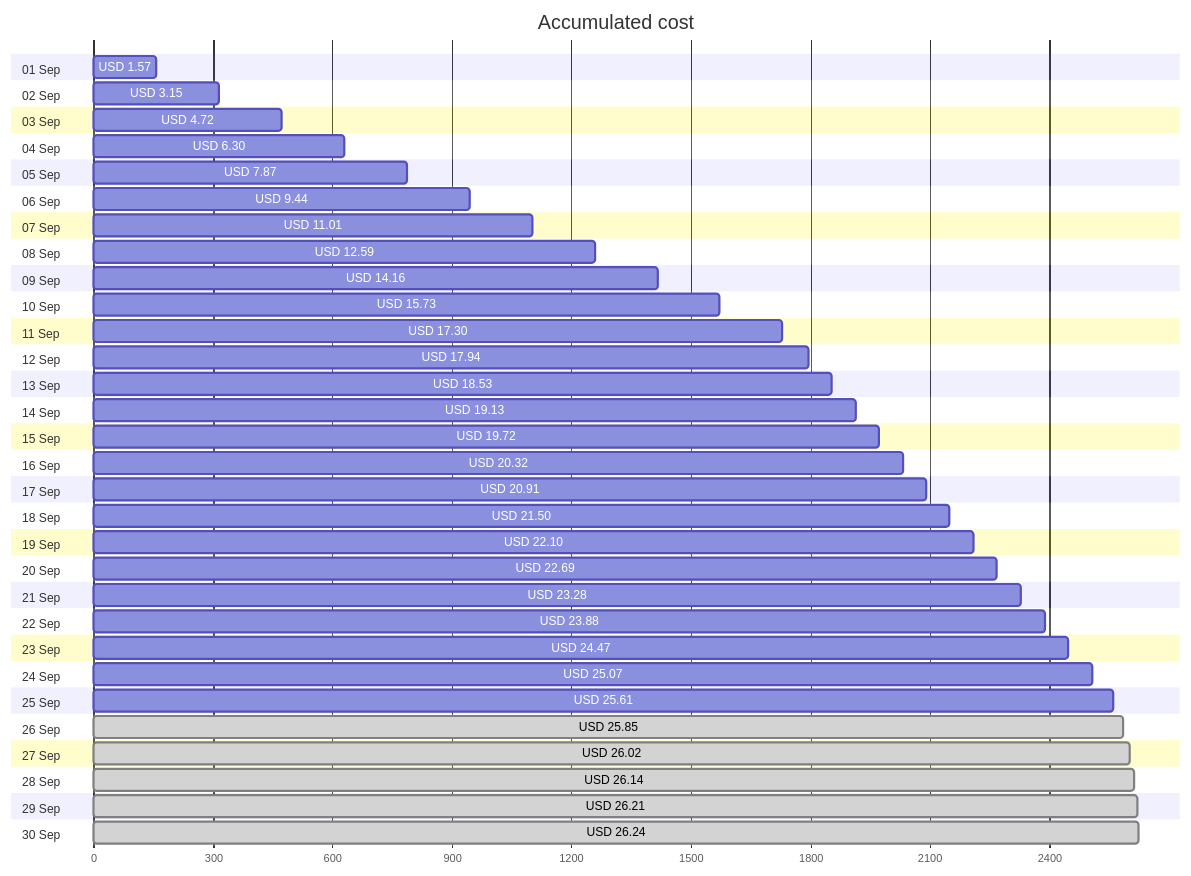
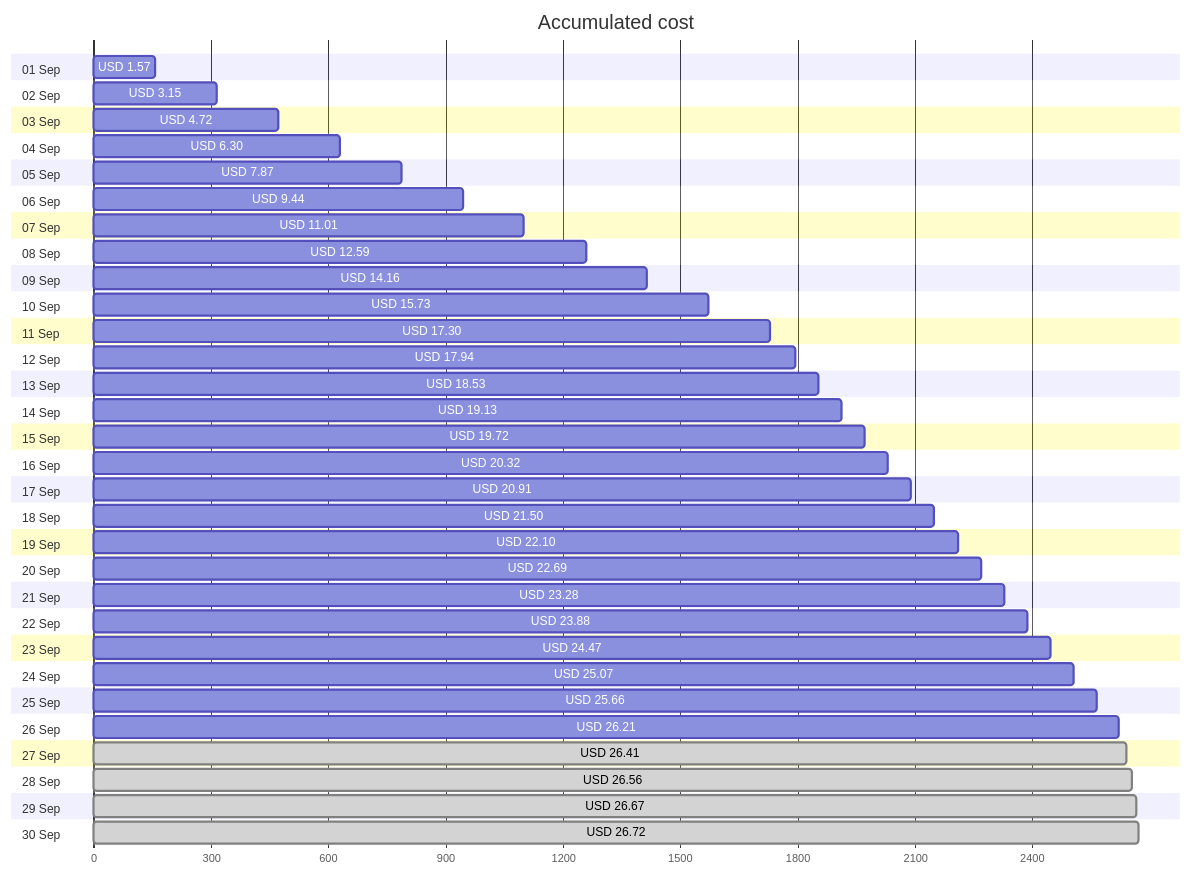
The first of 4 diagrams in cost-reports/personal-site/README.md (jpfulton/azure-personal-reports), drawn with Mermaid before and after one commit. The commit also changed other lines of this file and 7 other files, not shown here.

````diff
--- a/cost-reports/personal-site/README.md
+++ b/cost-reports/personal-site/README.md
@@ -20,66 +20,66 @@
 ```mermaid
 gantt
    title Accumulated cost
    dateFormat  X
    axisFormat %s
    section 01 Sep
    USD 1.57 :0, 157
    section 02 Sep
    USD 3.15 :0, 315
    section 03 Sep
    USD 4.72 :0, 472
    section 04 Sep
    USD 6.30 :0, 630
    section 05 Sep
    USD 7.87 :0, 787
    section 06 Sep
    USD 9.44 :0, 944
    section 07 Sep
    USD 11.01 :0, 1101
    section 08 Sep
    USD 12.59 :0, 1259
    section 09 Sep
    USD 14.16 :0, 1416
    section 10 Sep
    USD 15.73 :0, 1573
    section 11 Sep
    USD 17.30 :0, 1730
    section 12 Sep
    USD 17.94 :0, 1794
    section 13 Sep
    USD 18.53 :0, 1853
    section 14 Sep
    USD 19.13 :0, 1913
    section 15 Sep
    USD 19.72 :0, 1972
    section 16 Sep
    USD 20.32 :0, 2032
    section 17 Sep
    USD 20.91 :0, 2091
    section 18 Sep
    USD 21.50 :0, 2150
    section 19 Sep
    USD 22.10 :0, 2210
    section 20 Sep
    USD 22.69 :0, 2269
    section 21 Sep
    USD 23.28 :0, 2328
    section 22 Sep
    USD 23.88 :0, 2388
    section 23 Sep
    USD 24.47 :0, 2447
    section 24 Sep
    USD 25.07 :0, 2507
    section 25 Sep
-   USD 25.61 :0, 2561
+   USD 25.66 :0, 2566
    section 26 Sep
-   USD 25.85 : done, 0, 2585
+   USD 26.21 :0, 2621
    section 27 Sep
-   USD 26.02 : done, 0, 2602
+   USD 26.41 : done, 0, 2641
    section 28 Sep
-   USD 26.14 : done, 0, 2614
+   USD 26.56 : done, 0, 2656
    section 29 Sep
-   USD 26.21 : done, 0, 2621
+   USD 26.67 : done, 0, 2667
    section 30 Sep
-   USD 26.24 : done, 0, 2624
+   USD 26.72 : done, 0, 2672
 ```
````
